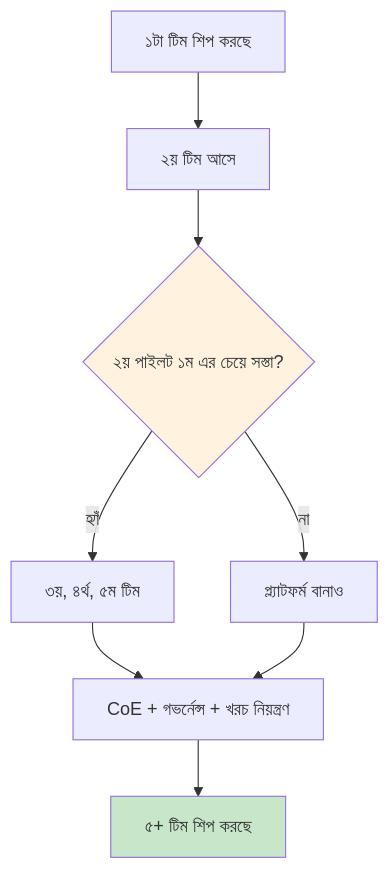
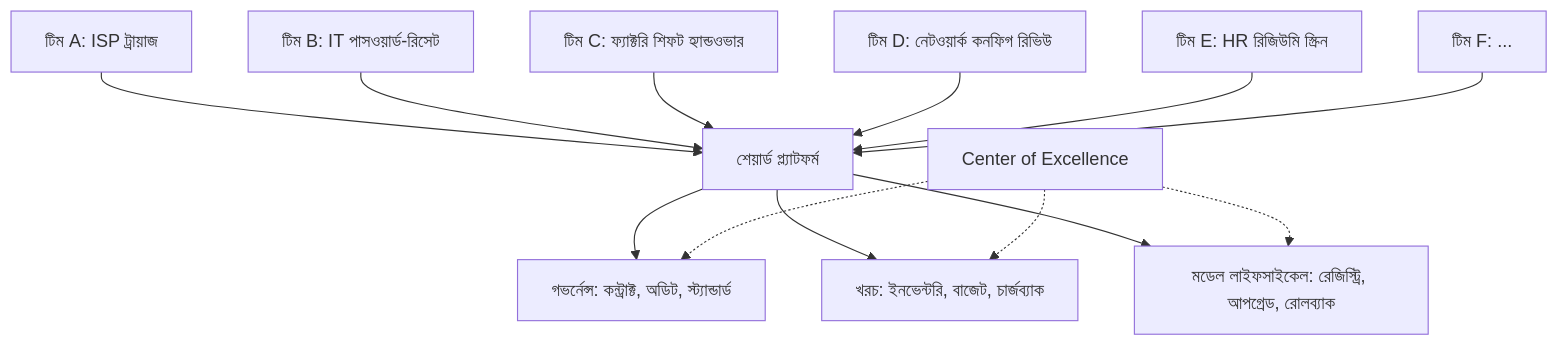
The diagram in docs/bangla/adoption/scale.md (aiwithr/ai_llm), drawn with Mermaid before and after one commit. The commit also changed other lines of this file and 7 other files, not shown here.

````diff
--- a/docs/bangla/adoption/scale.md
+++ b/docs/bangla/adoption/scale.md
@@ -8,13 +8,16 @@
 ```mermaid
 flowchart TB
-    A[১টা টিম শিপ করছে] --> B[২য় টিম আসে]
-    B --> C{২য় পাইলট ১ম এর চেয়ে সস্তা?}
-    C -->|হ্যাঁ| D[৩য়, ৪র্থ, ৫ম টিম]
-    C -->|না| E[প্ল্যাটফর্ম বানাও]
-    D --> F[CoE + গভর্নেন্স + খরচ নিয়ন্ত্রণ]
-    E --> F
-    F --> G[৫+ টিম শিপ করছে]
+    T1[টিম A: ISP ট্রায়াজ]
+    T2[টিম B: IT পাসওয়ার্ড-রিসেট]
+    T3[টিম C: ফ্যাক্টরি শিফট হ্যান্ডওভার]
+    T4[টিম D: নেটওয়ার্ক কনফিগ রিভিউ]
+    T5[টিম E: HR রিজিউমি স্ক্রিন]
+    T6[টিম F: ...]
 
-    style G fill:#c8e6c9
-    style C fill:#fff3e0
+    T1 & T2 & T3 & T4 & T5 & T6 --> S[শেয়ার্ড প্ল্যাটফর্ম]
+    S --> G[গভর্নেন্স: কন্ট্রাক্ট, অডিট, স্ট্যান্ডার্ড]
+    S --> C[খরচ: ইনভেন্টরি, বাজেট, চার্জব্যাক]
+    S --> M[মডেল লাইফসাইকেল: রেজিস্ট্রি, আপগ্রেড, রোলব্যাক]
+
+    CoE[Center of Excellence] -.-> G & C & M
 ```
````
